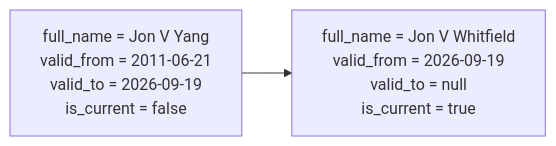
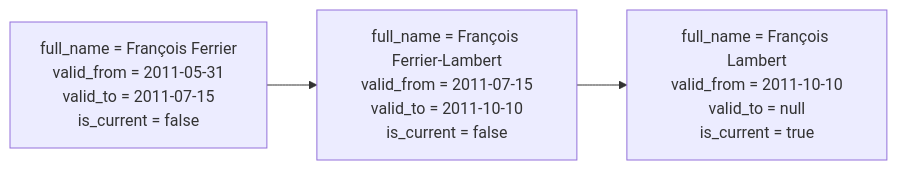
The second of 2 diagrams in docs/part04b-slowly-changing-dimensions.md (ultramanguan/dbt-dimensional-model), drawn with Mermaid before and after one commit. The commit also changed other lines of this file and 8 other files, not shown here.

````diff
--- a/docs/part04b-slowly-changing-dimensions.md
+++ b/docs/part04b-slowly-changing-dimensions.md
@@ -83,4 +95,4 @@
 ```mermaid
 flowchart LR
-    R1["full_name = Jon V Yang\nvalid_from = 2011-06-21\nvalid_to = 2026-09-19\nis_current = false"] --> R2["full_name = Jon V Whitfield\nvalid_from = 2026-09-19\nvalid_to = null\nis_current = true"]
+    R1["full_name = François Ferrier\nvalid_from = 2011-05-31\nvalid_to = 2011-07-15\nis_current = false"] --> R2["full_name = François Ferrier-Lambert\nvalid_from = 2011-07-15\nvalid_to = 2011-10-10\nis_current = false"] --> R3["full_name = François Lambert\nvalid_from = 2011-10-10\nvalid_to = null\nis_current = true"]
 ```
````
